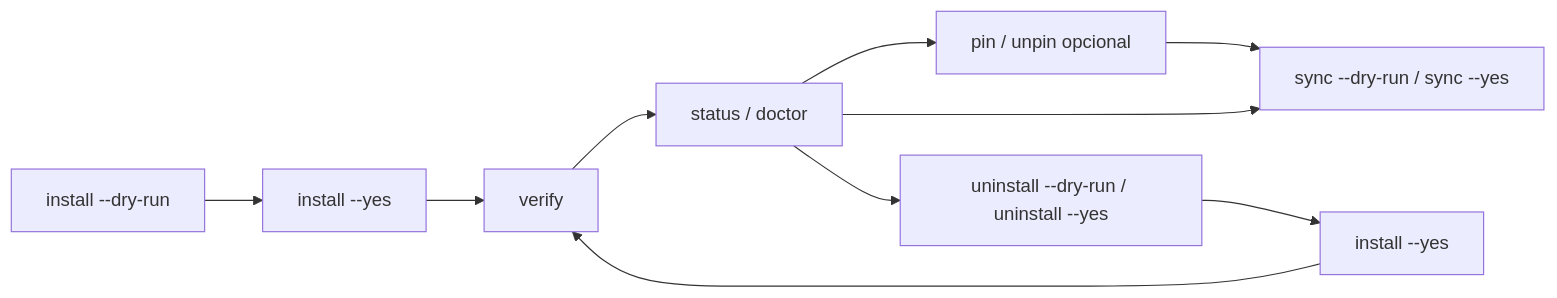
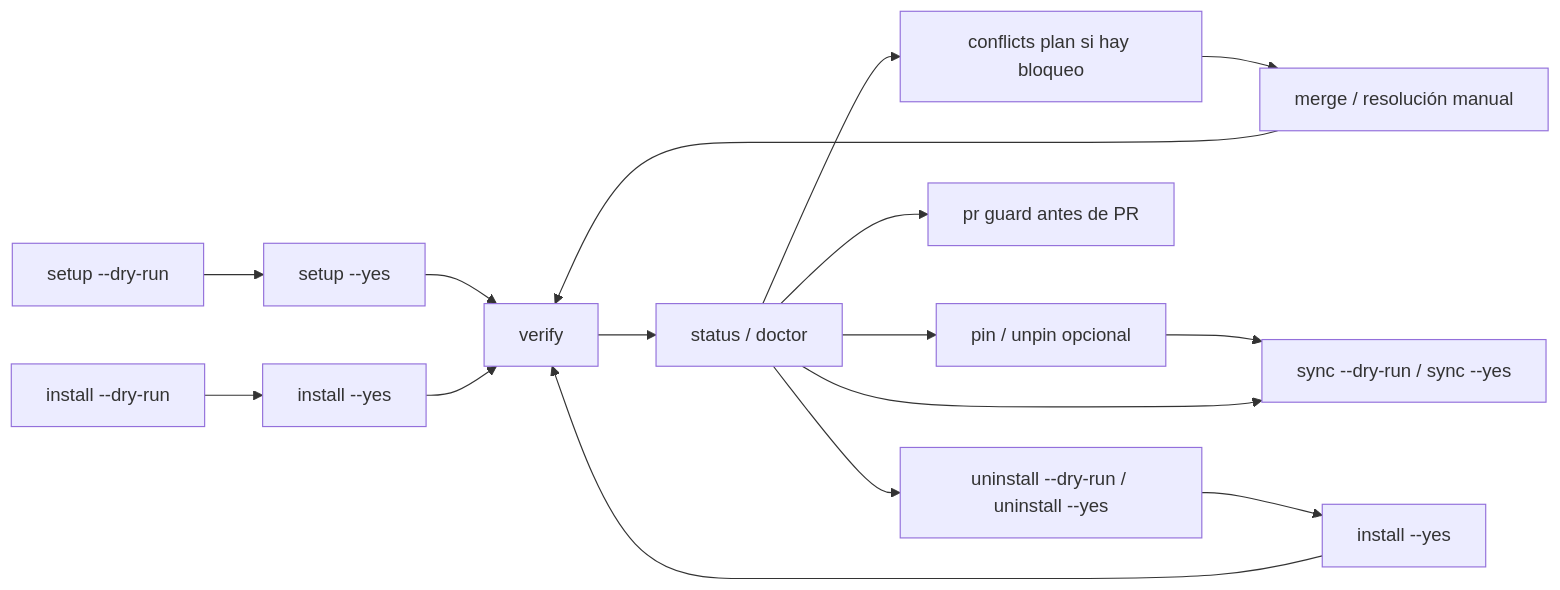
Before and after one commit to adrotech/lufy-ai: the second of 2 diagrams in README.md, drawn with Mermaid. The commit also changed other lines of this file and 2 other files, not shown here.

````diff
--- a/README.md
+++ b/README.md
@@ -249,12 +305,18 @@
 ```mermaid
 flowchart LR
+    D["setup --dry-run"] --> E["setup --yes"]
+    E --> V["verify"]
     I["install --dry-run"] --> A["install --yes"]
-    A --> V["verify"]
+    A --> V
     V --> S["status / doctor"]
+    S --> C["conflicts plan si hay bloqueo"]
+    C --> M["merge / resolución manual"]
+    M --> V
     S --> P["pin / unpin opcional"]
     P --> Y["sync --dry-run / sync --yes"]
     S --> Y
+    S --> G["pr guard antes de PR"]
     S --> U["uninstall --dry-run / uninstall --yes"]
     U --> R["install --yes"]
     R --> V
 ```
````
